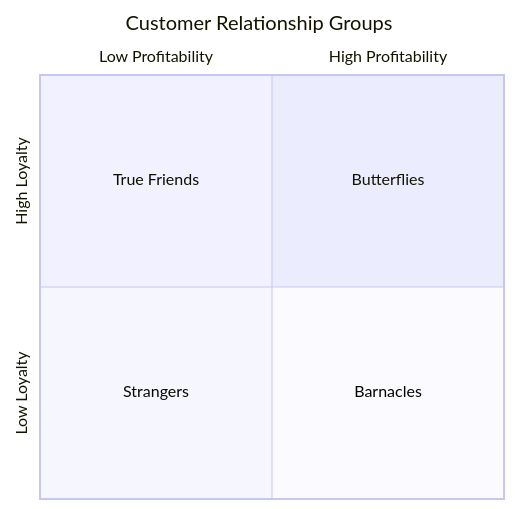
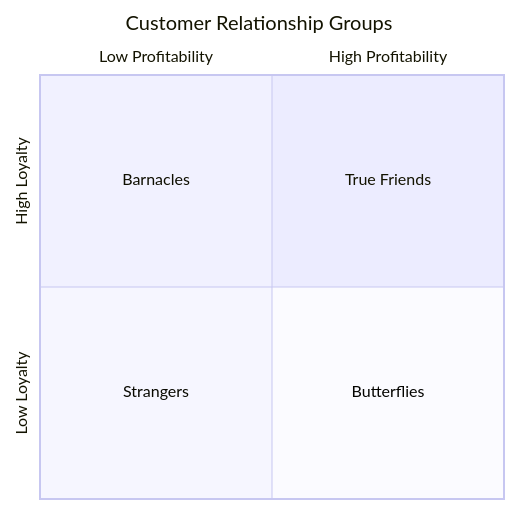
The first of 2 diagrams in bits-pilani/trimester-3/notes/principle-of-marketing/week-01/10-building-consumer-relationships-transcript.md (hsoni92/ml-workbook), drawn with Mermaid before and after one commit. The commit also changed 3 other files, not shown here.

````diff
--- a/bits-pilani/trimester-3/notes/principle-of-marketing/week-01/10-building-consumer-relationships-transcript.md
+++ b/bits-pilani/trimester-3/notes/principle-of-marketing/week-01/10-building-consumer-relationships-transcript.md
@@ -11,10 +11,10 @@
 ```mermaid
 quadrantChart
     title Customer Relationship Groups
     x-axis Low Profitability --> High Profitability
     y-axis Low Loyalty --> High Loyalty
-    quadrant-1 Butterflies
-    quadrant-2 True Friends
+    quadrant-1 True Friends
+    quadrant-2 Barnacles
     quadrant-3 Strangers
-    quadrant-4 Barnacles
+    quadrant-4 Butterflies
 ```
````
